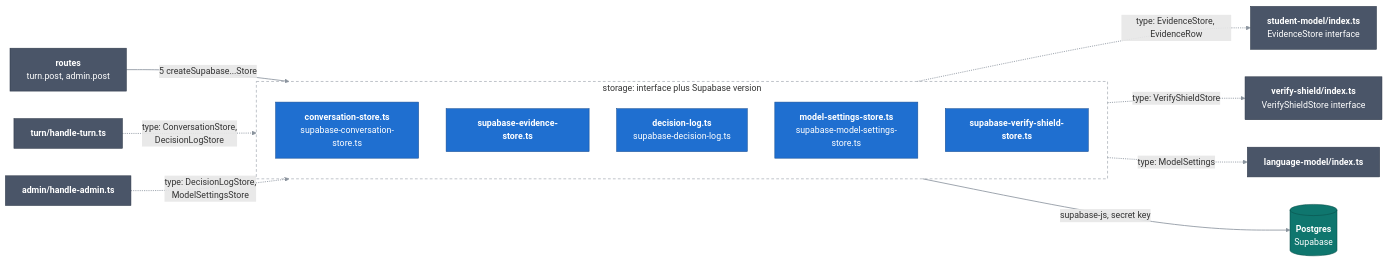
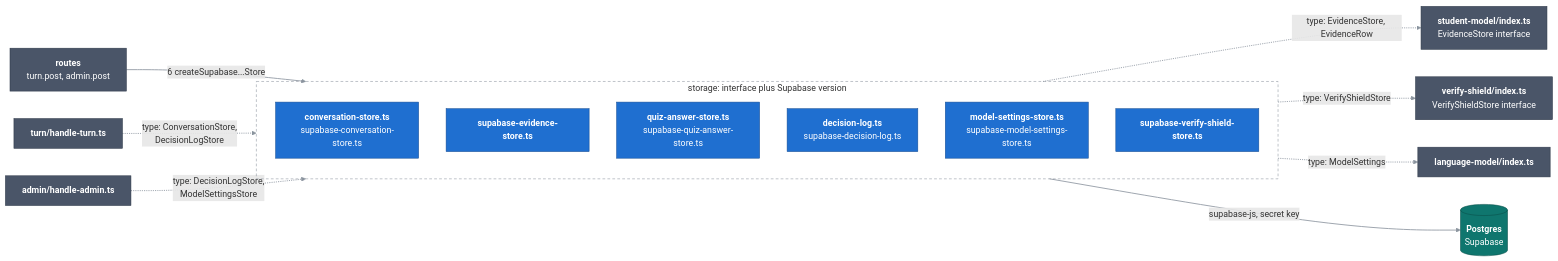
The diagram in docs/c4/03-components/server/08-storage.md (Bill2926/COS40005_HN9_Verifiable_Co-Learner_Agent), drawn with Mermaid before and after one commit. The commit also changed other lines of this file and 13 other files, not shown here.

First line of the commit message:
Quiz answer in Learn mode: mark on the server, store the first answer (#139)

````diff
--- a/docs/c4/03-components/server/08-storage.md
+++ b/docs/c4/03-components/server/08-storage.md
@@ -10,34 +10,35 @@
 ```mermaid
 flowchart LR
   classDef comp fill:#1f6fd0,stroke:#164f96,color:#ffffff
   classDef near fill:#4a5568,stroke:#2d3748,color:#ffffff
   classDef db fill:#0f766e,stroke:#0a4f4a,color:#ffffff
   linkStyle default stroke:#8b949e,stroke-width:1.5px
 
   routes["<b>routes</b><br/>turn.post, admin.post"]:::near
   turn["<b>turn/handle-turn.ts</b>"]:::near
   admin["<b>admin/handle-admin.ts</b>"]:::near
   shieldIface["<b>verify-shield/index.ts</b><br/>VerifyShieldStore interface"]:::near
   evIface["<b>student-model/index.ts</b><br/>EvidenceStore interface"]:::near
   choice["<b>language-model/index.ts</b>"]:::near
   db[("<b>Postgres</b><br/>Supabase")]:::db
 
   subgraph storage["storage: interface plus Supabase version"]
     direction TB
     conv["<b>conversation-store.ts</b><br/>supabase-conversation-store.ts"]:::comp
     ev["<b>supabase-evidence-store.ts</b>"]:::comp
+    quiz["<b>quiz-answer-store.ts</b><br/>supabase-quiz-answer-store.ts"]:::comp
     dec["<b>decision-log.ts</b><br/>supabase-decision-log.ts"]:::comp
     ms["<b>model-settings-store.ts</b><br/>supabase-model-settings-store.ts"]:::comp
     vs["<b>supabase-verify-shield-store.ts</b>"]:::comp
   end
 
-  routes -->|"5 createSupabase...Store"| storage
+  routes -->|"6 createSupabase...Store"| storage
   ev -.->|"type: EvidenceStore, EvidenceRow"| evIface
   turn -.->|"type: ConversationStore,<br/>DecisionLogStore"| storage
   vs -.->|"type: VerifyShieldStore"| shieldIface
   admin -.->|"type: DecisionLogStore,<br/>ModelSettingsStore"| storage
   ms -.->|"type: ModelSettings"| choice
   storage -->|"supabase-js, secret key"| db
 
   style storage fill:none,stroke:#8b949e,stroke-dasharray:5 4
 ```
````
